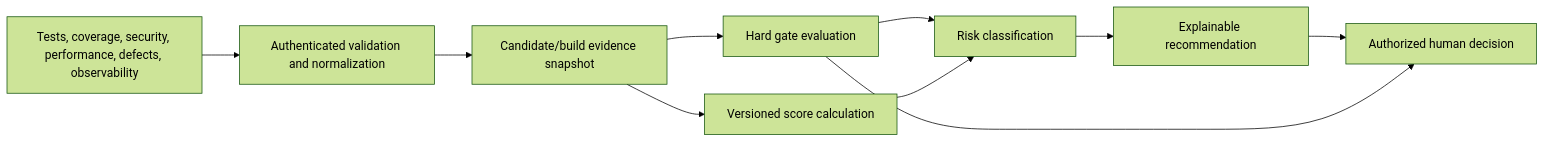
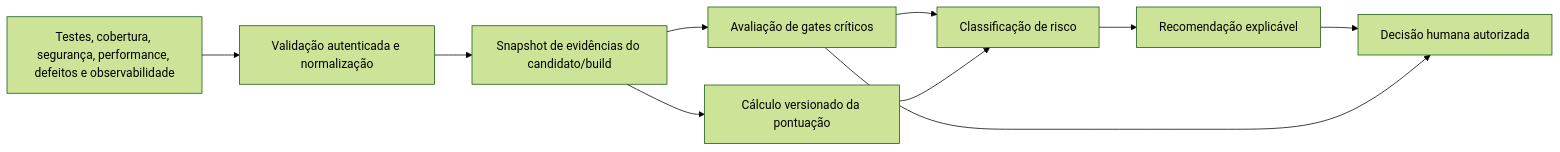
One commit to SYTEF/AEGIS changed the fourth of 4 diagrams in docs/ARCHITECTURE.md. Above: the diagram before and after it, drawn with Mermaid (forest theme). The commit also changed other lines of this file and 15 other files, not shown here.

````diff
--- a/docs/ARCHITECTURE.md
+++ b/docs/ARCHITECTURE.md
@@ -188,12 +188,12 @@
-```mermaid
+~~~mermaid
 flowchart LR
-    Evidence["Tests, coverage, security, performance, defects, observability"] --> Normalize["Authenticated validation and normalization"]
-    Normalize --> Store["Candidate/build evidence snapshot"]
-    Store --> Gates["Hard gate evaluation"]
-    Store --> Score["Versioned score calculation"]
-    Gates --> Risk["Risk classification"]
+    Evidence["Testes, cobertura, segurança, performance, defeitos e observabilidade"] --> Normalize["Validação autenticada e normalização"]
+    Normalize --> Store["Snapshot de evidências do candidato/build"]
+    Store --> Gates["Avaliação de gates críticos"]
+    Store --> Score["Cálculo versionado da pontuação"]
+    Gates --> Risk["Classificação de risco"]
     Score --> Risk
-    Risk --> Rec["Explainable recommendation"]
-    Rec --> Human["Authorized human decision"]
+    Risk --> Rec["Recomendação explicável"]
+    Rec --> Human["Decisão humana autorizada"]
     Gates --> Human
-```
+~~~
````
